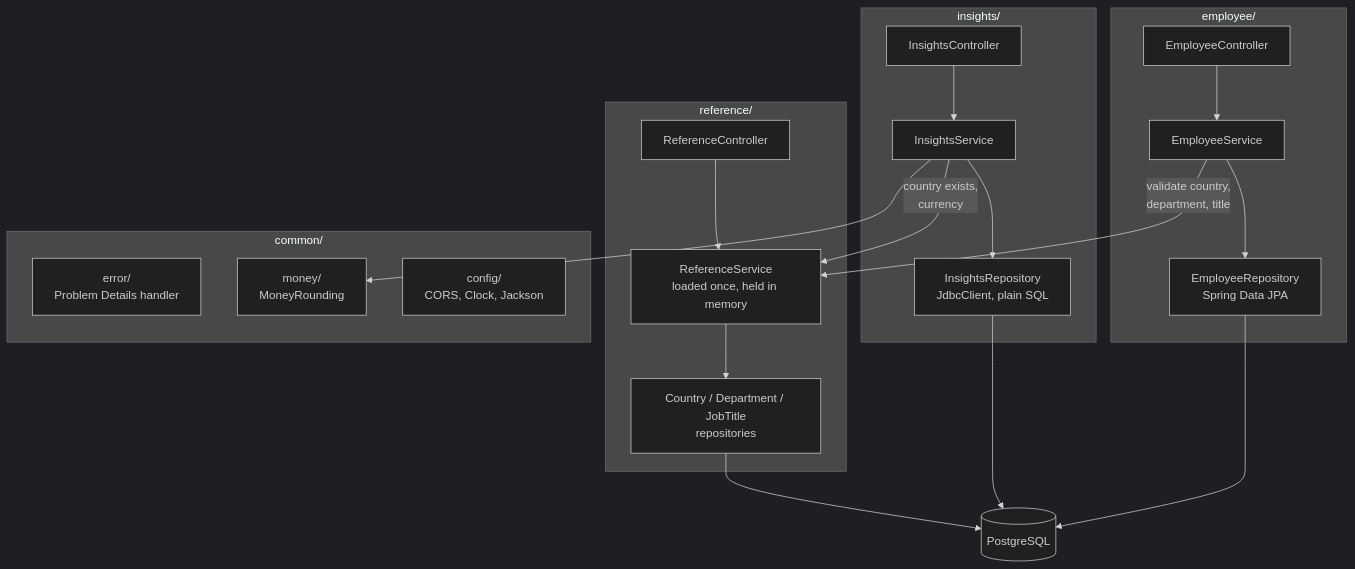
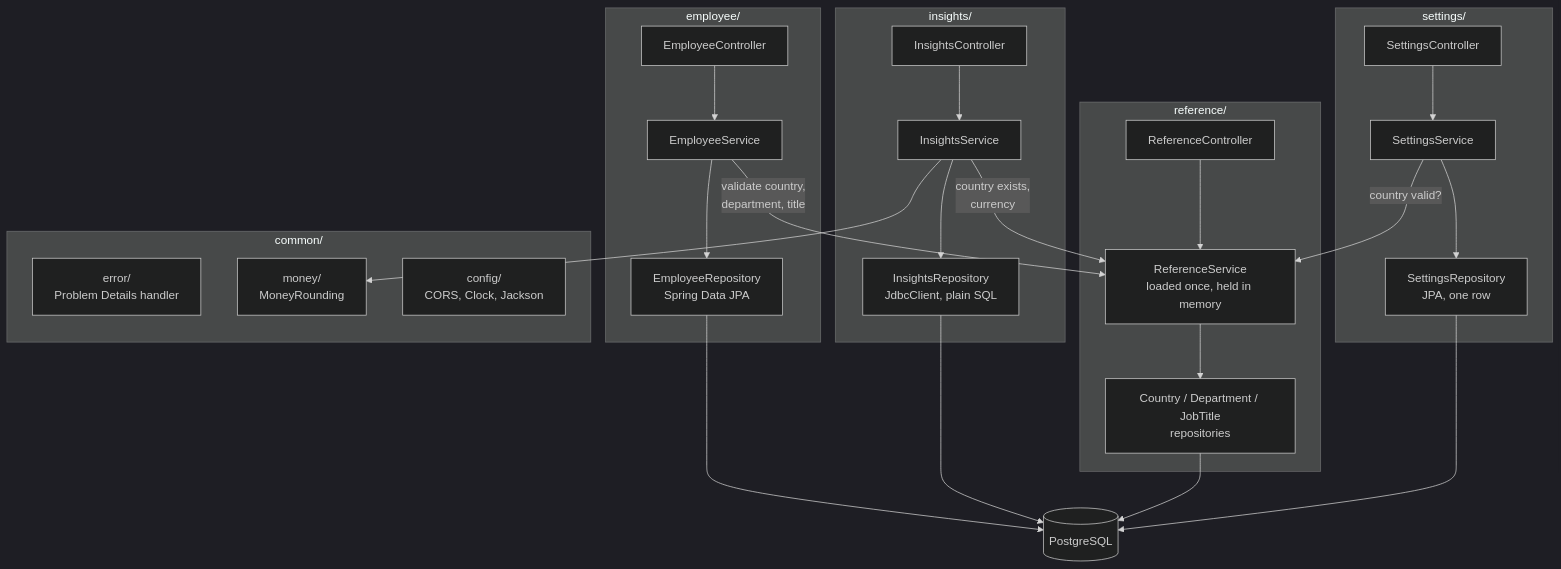
Before and after one commit to rakeshjoshi9999/salary-management: the second of 5 diagrams in docs/ARCHITECTURE.md, drawn with Mermaid (dark theme). The commit also changed other lines of this file and 8 other files, not shown here.

Commit message:
docs: UI design, a settings feature for the default country, and Chart.js (task 2.5)

````diff
--- a/docs/ARCHITECTURE.md
+++ b/docs/ARCHITECTURE.md
@@ -51,28 +51,34 @@
 ```mermaid
 flowchart TB
     subgraph employee["employee/"]
         ec["EmployeeController"] --> es["EmployeeService"]
         es --> er["EmployeeRepository<br/>Spring Data JPA"]
     end
 
     subgraph insights["insights/"]
         ic["InsightsController"] --> is["InsightsService"]
         is --> ir["InsightsRepository<br/>JdbcClient, plain SQL"]
     end
 
     subgraph reference["reference/"]
         rc["ReferenceController"] --> rs["ReferenceService<br/>loaded once, held in memory"]
         rs --> rr["Country / Department / JobTitle<br/>repositories"]
     end
 
+    subgraph settings["settings/"]
+        sc["SettingsController"] --> ss["SettingsService"]
+        ss --> sr["SettingsRepository<br/>JPA, one row"]
+    end
+
     subgraph common["common/"]
         err["error/<br/>Problem Details handler"]
         money["money/<br/>MoneyRounding"]
         cfg["config/<br/>CORS, Clock, Jackson"]
     end
 
     es -- "validate country,<br/>department, title" --> rs
     is -- "country exists,<br/>currency" --> rs
+    ss -- "country valid?" --> rs
     is --> money
-    er & ir & rr --> pg[("PostgreSQL")]
+    er & ir & rr & sr --> pg[("PostgreSQL")]
 ```
````
